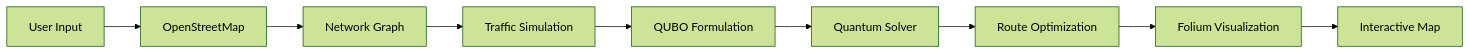
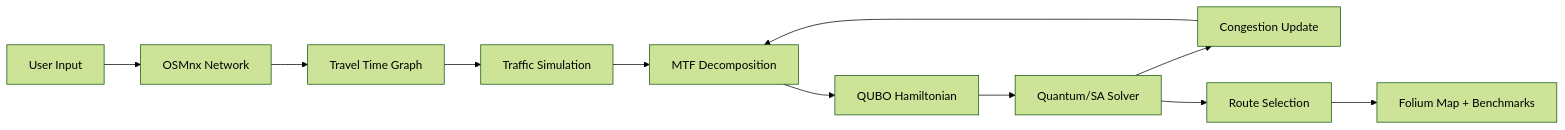
The diagram in README.md (FidhaAhamed/Quantum-Traffic-Priority-Routing), drawn with Mermaid (forest theme) before and after one commit. The commit also changed other lines of this file, not shown here.

Commit message:
docs: Update README to reflect Priority-Aware MTF architecture

````diff
--- a/README.md
+++ b/README.md
@@ -175,11 +102,13 @@
 ```mermaid
 graph LR
-    A[User Input] --> B[OpenStreetMap]
-    B --> C[Network Graph]
+    A[User Input] --> B[OSMnx Network]
+    B --> C[Travel Time Graph]
     C --> D[Traffic Simulation]
-    D --> E[QUBO Formulation]
-    E --> F[Quantum Solver]
-    F --> G[Route Optimization]
-    G --> H[Folium Visualization]
-    H --> I[Interactive Map]
+    D --> E[MTF Decomposition]
+    E --> F[QUBO Hamiltonian]
+    F --> G[Quantum/SA Solver]
+    G --> H[Congestion Update]
+    H --> E
+    G --> I[Route Selection]
+    I --> J[Folium Map + Benchmarks]
 ```
````
